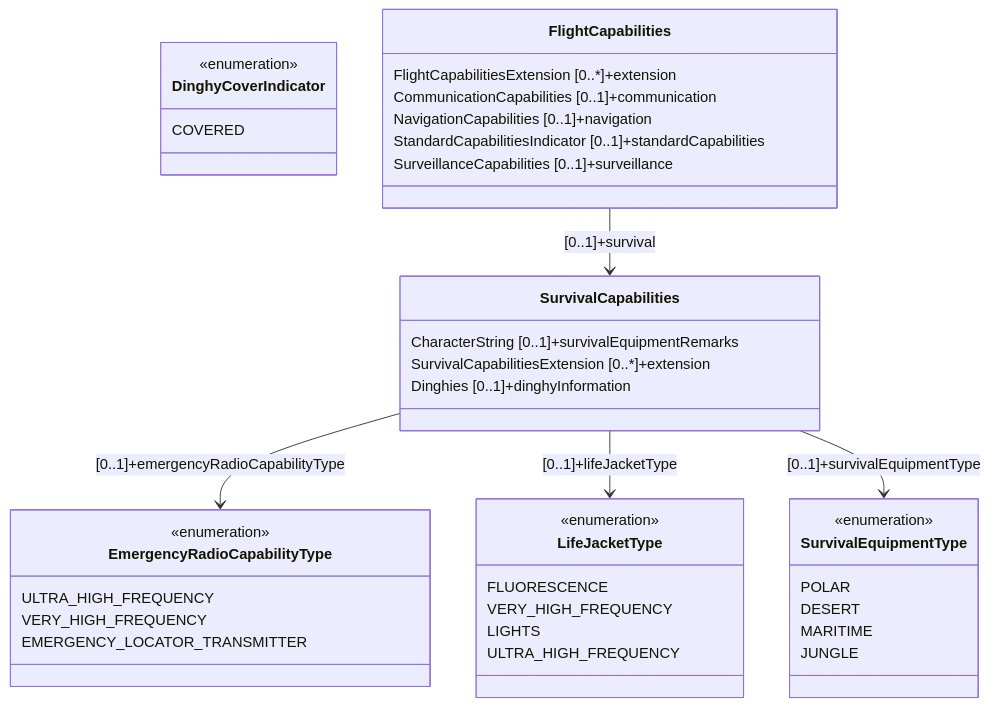
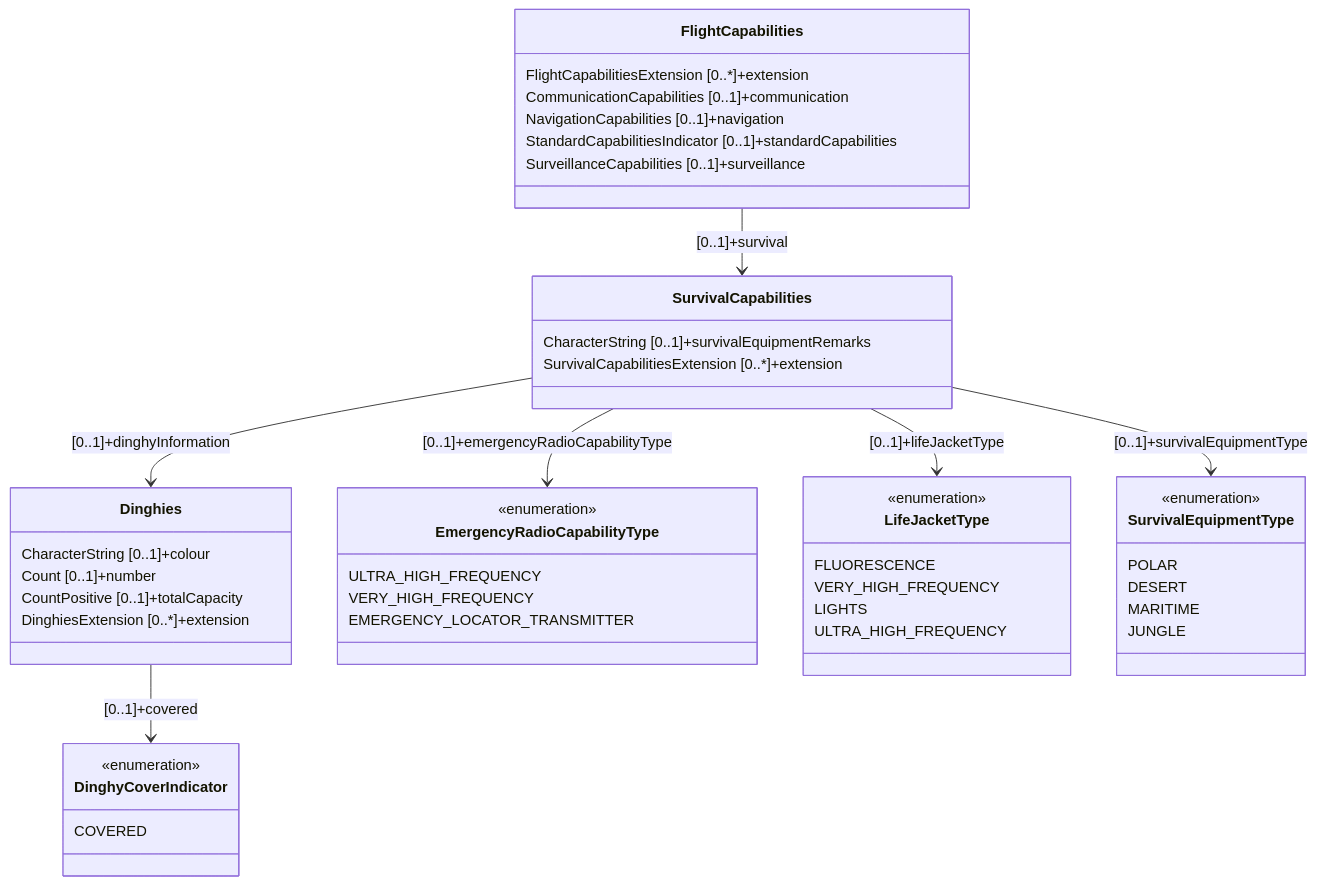
One commit to hlepori/test_docsify changed the eighth of 28 diagrams in docs/fixm/FIXM_UML_in_mermaid.md. Above: the diagram before and after it, drawn with Mermaid. The commit also changed other lines of this file, not shown here.

````diff
--- a/docs/fixm/FIXM_UML_in_mermaid.md
+++ b/docs/fixm/FIXM_UML_in_mermaid.md
@@ -432,43 +374,50 @@
 ```mermaid
 classDiagram
+class Dinghies
+Dinghies : CharacterString [0..1]+colour
+Dinghies : Count [0..1]+number
+Dinghies : CountPositive [0..1]+totalCapacity
+Dinghies : DinghiesExtension [0..*]+extension
+Dinghies --> DinghyCoverIndicator : [0..1]+covered
+link Dinghies "https://www.fixm.aero/releases/FIXM-4.2.0/doc/schema_documentation/Fixm_DinghiesType.html" "Go to XML definition"
 class SurvivalCapabilities
 SurvivalCapabilities : CharacterString [0..1]+survivalEquipmentRemarks
 SurvivalCapabilities : SurvivalCapabilitiesExtension [0..*]+extension
-SurvivalCapabilities : Dinghies [0..1]+dinghyInformation
+SurvivalCapabilities --> Dinghies : [0..1]+dinghyInformation
 SurvivalCapabilities --> "<List>" EmergencyRadioCapabilityType : [0..1]+emergencyRadioCapabilityType
 SurvivalCapabilities --> "<List>" LifeJacketType : [0..1]+lifeJacketType
 SurvivalCapabilities --> "<List>" SurvivalEquipmentType : [0..1]+survivalEquipmentType
 link SurvivalCapabilities "https://www.fixm.aero/releases/FIXM-4.2.0/doc/schema_documentation/Fixm_SurvivalCapabilitiesType.html" "Go to XML definition"
 class SurvivalEquipmentType
 <<enumeration>> SurvivalEquipmentType
 SurvivalEquipmentType : POLAR
 SurvivalEquipmentType : DESERT
 SurvivalEquipmentType : MARITIME
 SurvivalEquipmentType : JUNGLE
 link SurvivalEquipmentType "https://www.fixm.aero/releases/FIXM-4.2.0/doc/schema_documentation/Fixm_SurvivalEquipmentTypeType.html" "Go to XML definition"
 class EmergencyRadioCapabilityType
 <<enumeration>> EmergencyRadioCapabilityType
 EmergencyRadioCapabilityType : ULTRA_HIGH_FREQUENCY
 EmergencyRadioCapabilityType : VERY_HIGH_FREQUENCY
 EmergencyRadioCapabilityType : EMERGENCY_LOCATOR_TRANSMITTER
 link EmergencyRadioCapabilityType "https://www.fixm.aero/releases/FIXM-4.2.0/doc/schema_documentation/Fixm_EmergencyRadioCapabilityTypeType.html" "Go to XML definition"
 class LifeJacketType
 <<enumeration>> LifeJacketType
 LifeJacketType : FLUORESCENCE
 LifeJacketType : VERY_HIGH_FREQUENCY
 LifeJacketType : LIGHTS
 LifeJacketType : ULTRA_HIGH_FREQUENCY
 link LifeJacketType "https://www.fixm.aero/releases/FIXM-4.2.0/doc/schema_documentation/Fixm_LifeJacketTypeType.html" "Go to XML definition"
 class DinghyCoverIndicator
 <<enumeration>> DinghyCoverIndicator
 DinghyCoverIndicator : COVERED
 link DinghyCoverIndicator "https://www.fixm.aero/releases/FIXM-4.2.0/doc/schema_documentation/Fixm_DinghyCoverIndicatorType.html" "Go to XML definition"
 class FlightCapabilities
 FlightCapabilities : FlightCapabilitiesExtension [0..*]+extension
 FlightCapabilities : CommunicationCapabilities [0..1]+communication
 FlightCapabilities : NavigationCapabilities [0..1]+navigation
 FlightCapabilities : StandardCapabilitiesIndicator [0..1]+standardCapabilities
 FlightCapabilities : SurveillanceCapabilities [0..1]+surveillance
 FlightCapabilities --> SurvivalCapabilities : [0..1]+survival
 link FlightCapabilities "https://www.fixm.aero/releases/FIXM-4.2.0/doc/schema_documentation/Fixm_FlightCapabilitiesType.html" "Go to XML definition"
 ```
````
